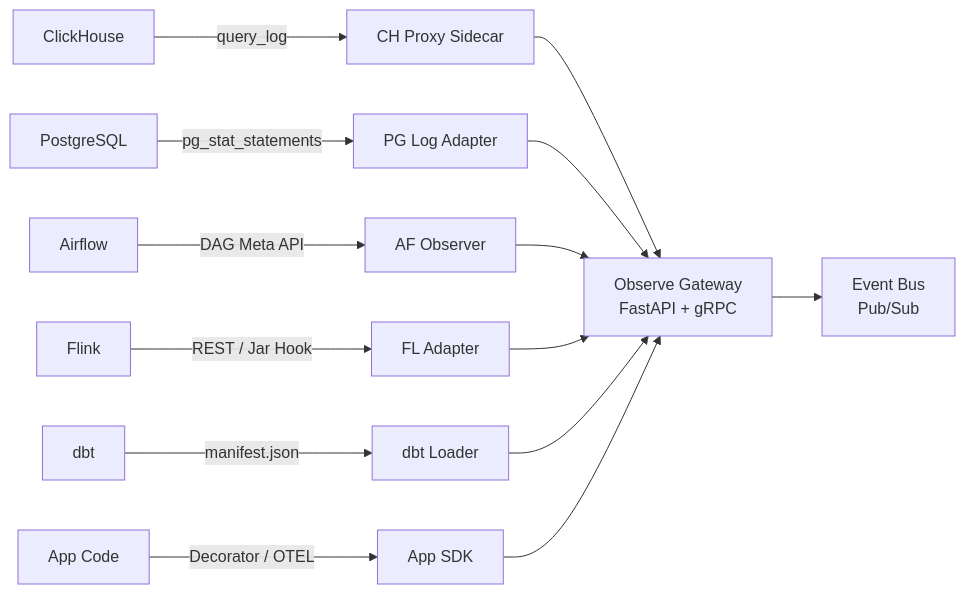
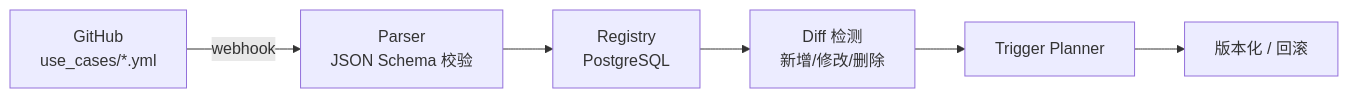
One commit to gavenlv/idm changed the fourth of 8 diagrams in docs/design/architecture.md. Above: the diagram before and after it, drawn with Mermaid. The commit also changed other lines of this file and 92 other files, not shown here.

````diff
--- a/docs/design/architecture.md
+++ b/docs/design/architecture.md
@@ -181,11 +234,8 @@
 ```mermaid
 flowchart LR
-    A[ClickHouse] -->|query_log| S1[CH Proxy Sidecar]
-    B[PostgreSQL] -->|pg_stat_statements| S2[PG Log Adapter]
-    C[Airflow] -->|DAG Meta API| S3[AF Observer]
-    D[Flink] -->|REST / Jar Hook| S4[FL Adapter]
-    E[dbt] -->|manifest.json| S5[dbt Loader]
-    F[App Code] -->|Decorator / OTEL| S6[App SDK]
-    S1 & S2 & S3 & S4 & S5 & S6 --> G[Observe Gateway<br/>FastAPI + gRPC]
-    G --> H[Event Bus<br/>Pub/Sub]
+    A[GitHub<br/>use_cases/*.yml] -->|webhook| B[Parser<br/>JSON Schema 校验]
+    B --> C[Registry<br/>PostgreSQL]
+    C --> D[Diff 检测<br/>新增/修改/删除]
+    D --> E[Trigger Planner]
+    E --> F[版本化 / 回滚]
 ```
````
